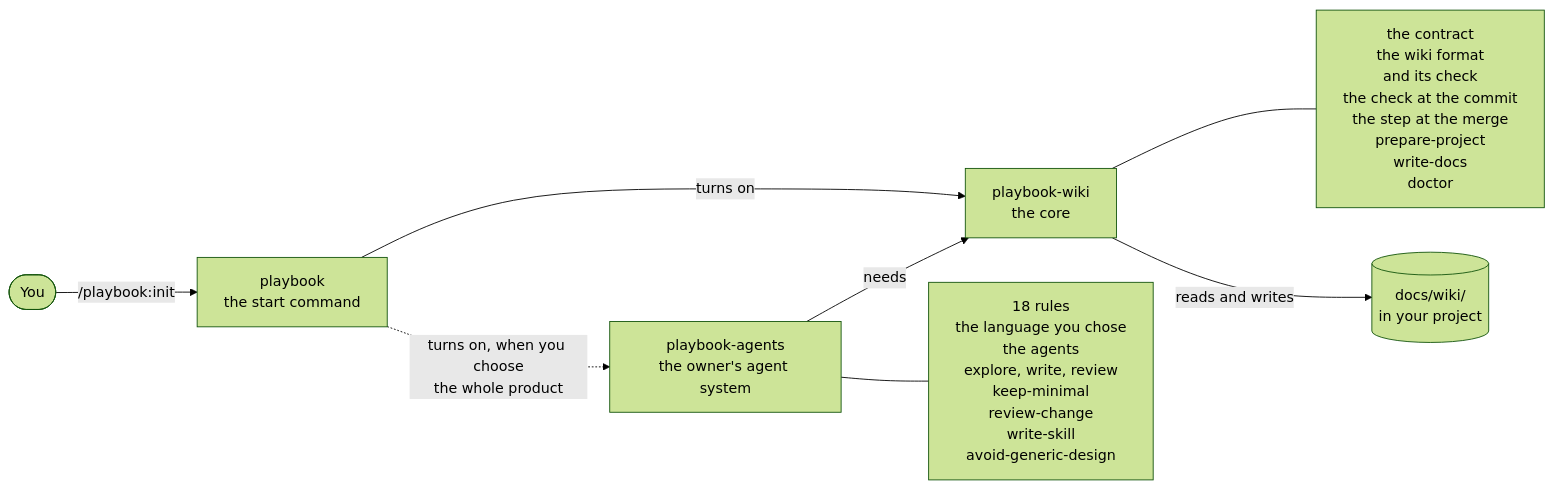
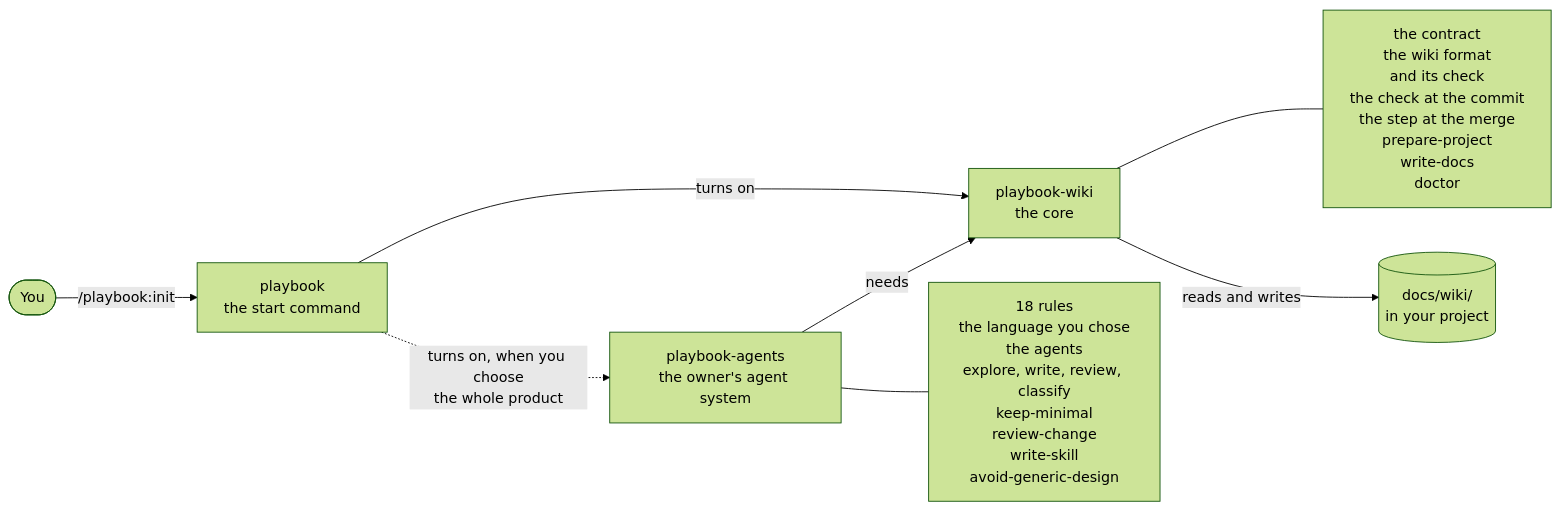
One commit to andresfrei/playbook changed the first of 2 diagrams in docs/claude-code.md. Above: the diagram before and after it, drawn with Mermaid (forest theme). The commit also changed other lines of this file and 11 other files, not shown here.

````diff
--- a/docs/claude-code.md
+++ b/docs/claude-code.md
@@ -7,10 +7,10 @@
 ```mermaid
 flowchart LR
   you([You]) -- "/playbook:init" --> init["playbook<br/>the start command"]
   init -- "turns on" --> wiki["playbook-wiki<br/>the core"]
   init -. "turns on, when you choose<br/>the whole product" .-> agents["playbook-agents<br/>the owner's agent system"]
   agents -- "needs" --> wiki
   wiki --- wikiHolds["the contract<br/>the wiki format<br/>and its check<br/>the check at the commit<br/>the step at the merge<br/>prepare-project<br/>write-docs<br/>doctor"]
-  agents --- agentsHolds["18 rules<br/>the language you chose<br/>the agents<br/>explore, write, review<br/>keep-minimal<br/>review-change<br/>write-skill<br/>avoid-generic-design"]
+  agents --- agentsHolds["18 rules<br/>the language you chose<br/>the agents<br/>explore, write, review, classify<br/>keep-minimal<br/>review-change<br/>write-skill<br/>avoid-generic-design"]
   wiki -- "reads and writes" --> repo[("docs/wiki/<br/>in your project")]
 ```
````
